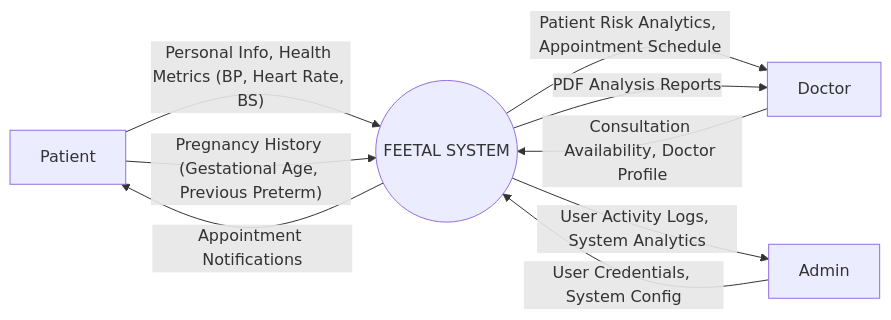
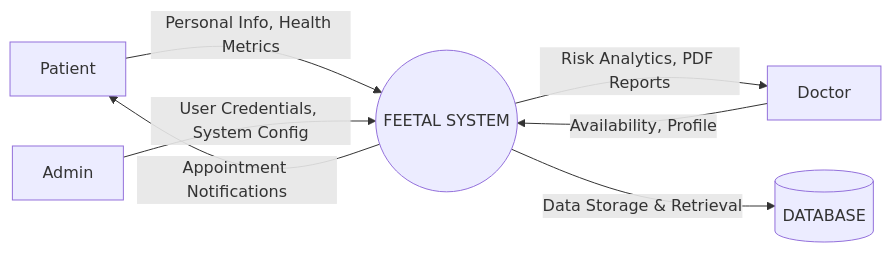
One commit to harishma-adarsh/Feetal_project changed the second of 7 diagrams in SYSTEM_SPECIFICATIONS.md. Above: the diagram before and after it, drawn with Mermaid. The commit also changed other lines of this file and 6 other files, not shown here.

````diff
--- a/SYSTEM_SPECIFICATIONS.md
+++ b/SYSTEM_SPECIFICATIONS.md
@@ -126,22 +162,15 @@
 ```mermaid
 graph LR
-    %% External Entities
     P[Patient]
     D[Doctor]
     A[Admin]
+    S((FEETAL SYSTEM))
+    DB[(DATABASE)]
 
-    %% Main System Process
-    S((FEETAL SYSTEM))
-
-    %% Data Flows
-    P -- "Personal Info, Health Metrics (BP, Heart Rate, BS)" --> S
-    P -- "Pregnancy History (Gestational Age, Previous Preterm)" --> S
+    P -- "Personal Info, Health Metrics" --> S
     S -- "Appointment Notifications" --> P
-
-    D -- "Consultation Availability, Doctor Profile" --> S
-    S -- "Patient Risk Analytics, Appointment Schedule" --> D
-    S -- "PDF Analysis Reports" --> D
-
+    D -- "Availability, Profile" --> S
+    S -- "Risk Analytics, PDF Reports" --> D
     A -- "User Credentials, System Config" --> S
-    S -- "User Activity Logs, System Analytics" --> A
+    S -- "Data Storage & Retrieval" --> DB
 ```
````
